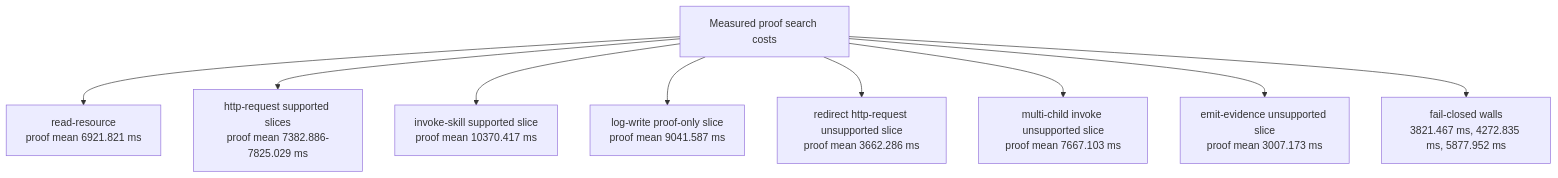
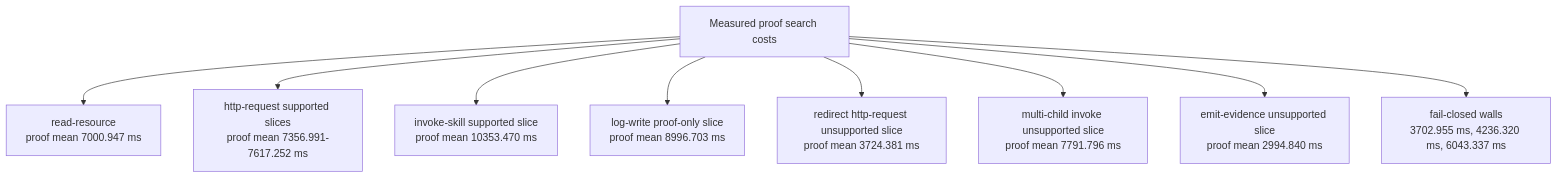
The fifth of 5 diagrams in docs/patent/m9-figures.md (jkordish/Guild), drawn with Mermaid before and after one commit. The commit also changed other lines of this file and 7 other files, not shown here.

Commit message:
sync patent packet with eight-slice http frontier

````diff
--- a/docs/patent/m9-figures.md
+++ b/docs/patent/m9-figures.md
@@ -90,12 +90,12 @@
 ```mermaid
 flowchart TD
     B[Measured proof search costs]
-    B --> RR[read-resource<br/>proof mean 6921.821 ms]
-    B --> H1[http-request supported slices<br/>proof mean 7382.886-7825.029 ms]
-    B --> INV[invoke-skill supported slice<br/>proof mean 10370.417 ms]
-    B --> LOG[log-write proof-only slice<br/>proof mean 9041.587 ms]
-    B --> U1[redirect http-request unsupported slice<br/>proof mean 3662.286 ms]
-    B --> U2[multi-child invoke unsupported slice<br/>proof mean 7667.103 ms]
-    B --> U3[emit-evidence unsupported slice<br/>proof mean 3007.173 ms]
-    B --> W1[fail-closed walls<br/>3821.467 ms, 4272.835 ms, 5877.952 ms]
+    B --> RR[read-resource<br/>proof mean 7000.947 ms]
+    B --> H1[http-request supported slices<br/>proof mean 7356.991-7617.252 ms]
+    B --> INV[invoke-skill supported slice<br/>proof mean 10353.470 ms]
+    B --> LOG[log-write proof-only slice<br/>proof mean 8996.703 ms]
+    B --> U1[redirect http-request unsupported slice<br/>proof mean 3724.381 ms]
+    B --> U2[multi-child invoke unsupported slice<br/>proof mean 7791.796 ms]
+    B --> U3[emit-evidence unsupported slice<br/>proof mean 2994.840 ms]
+    B --> W1[fail-closed walls<br/>3702.955 ms, 4236.320 ms, 6043.337 ms]
 ```
````
